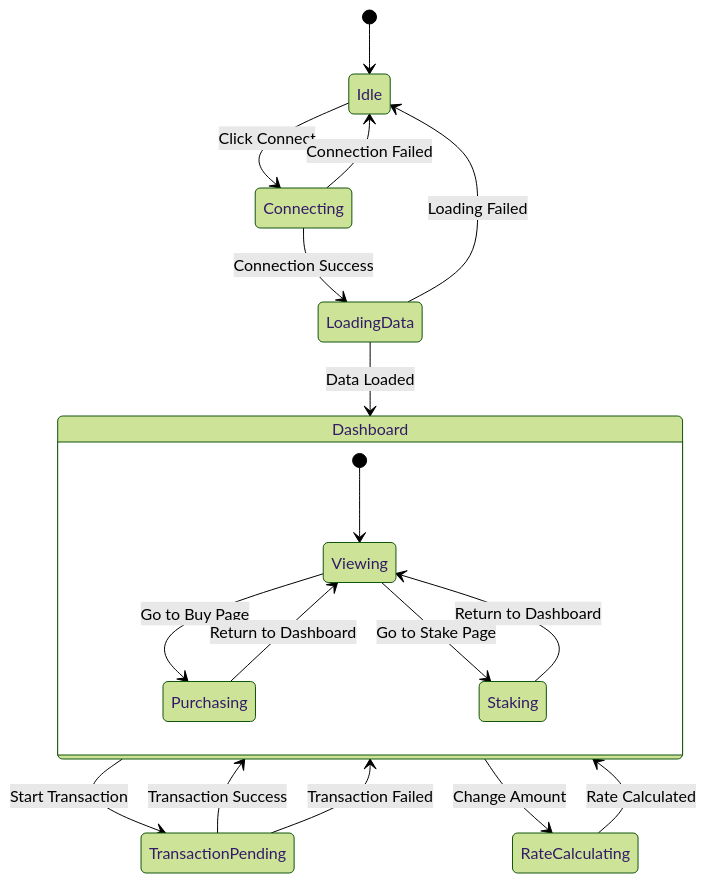
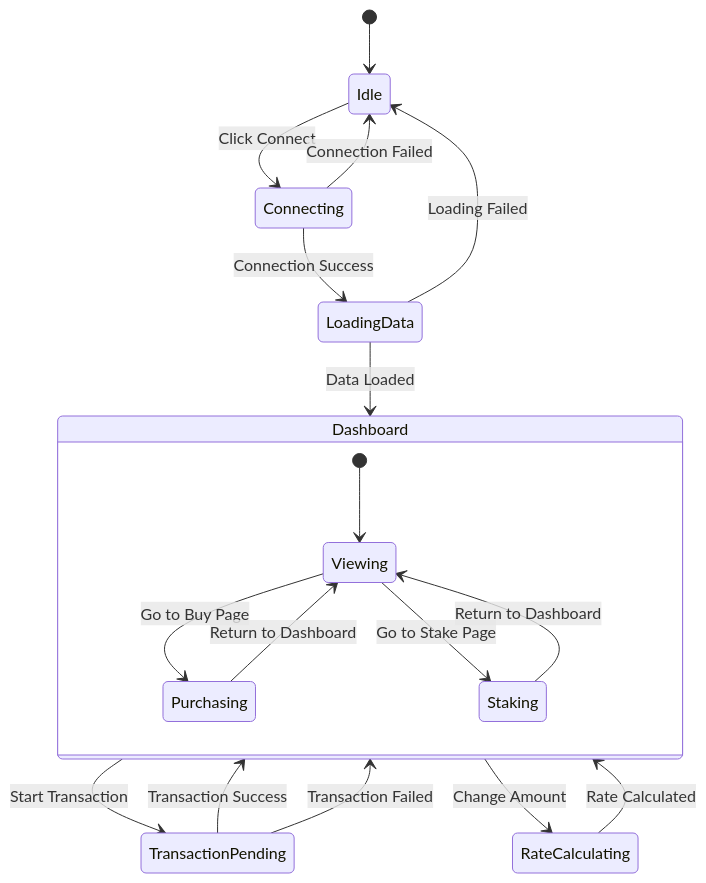
One commit to jmakwana01/InsightTiers changed the eighth of 10 diagrams in README.md. Above: the diagram before and after it, drawn with Mermaid. The commit also changed other lines of this file, not shown here.

Commit message:
remove redundant Mermaid theme initialization from diagrams in README.md

````diff
--- a/README.md
+++ b/README.md
@@ -420,27 +418,27 @@
 ```mermaid
-%%{init: {'theme':'forest'}}%%
+
 stateDiagram-v2
     [*] --> Idle
     
     Idle --> Connecting: Click Connect
     Connecting --> LoadingData: Connection Success
     Connecting --> Idle: Connection Failed
     
     LoadingData --> Dashboard: Data Loaded
     LoadingData --> Idle: Loading Failed
     
     Dashboard --> TransactionPending: Start Transaction
     TransactionPending --> Dashboard: Transaction Success
     TransactionPending --> Dashboard: Transaction Failed
     
     Dashboard --> RateCalculating: Change Amount
     RateCalculating --> Dashboard: Rate Calculated
     
     state Dashboard {
         [*] --> Viewing
         Viewing --> Purchasing: Go to Buy Page
         Viewing --> Staking: Go to Stake Page
         Purchasing --> Viewing: Return to Dashboard
         Staking --> Viewing: Return to Dashboard
     }
 ```
````
